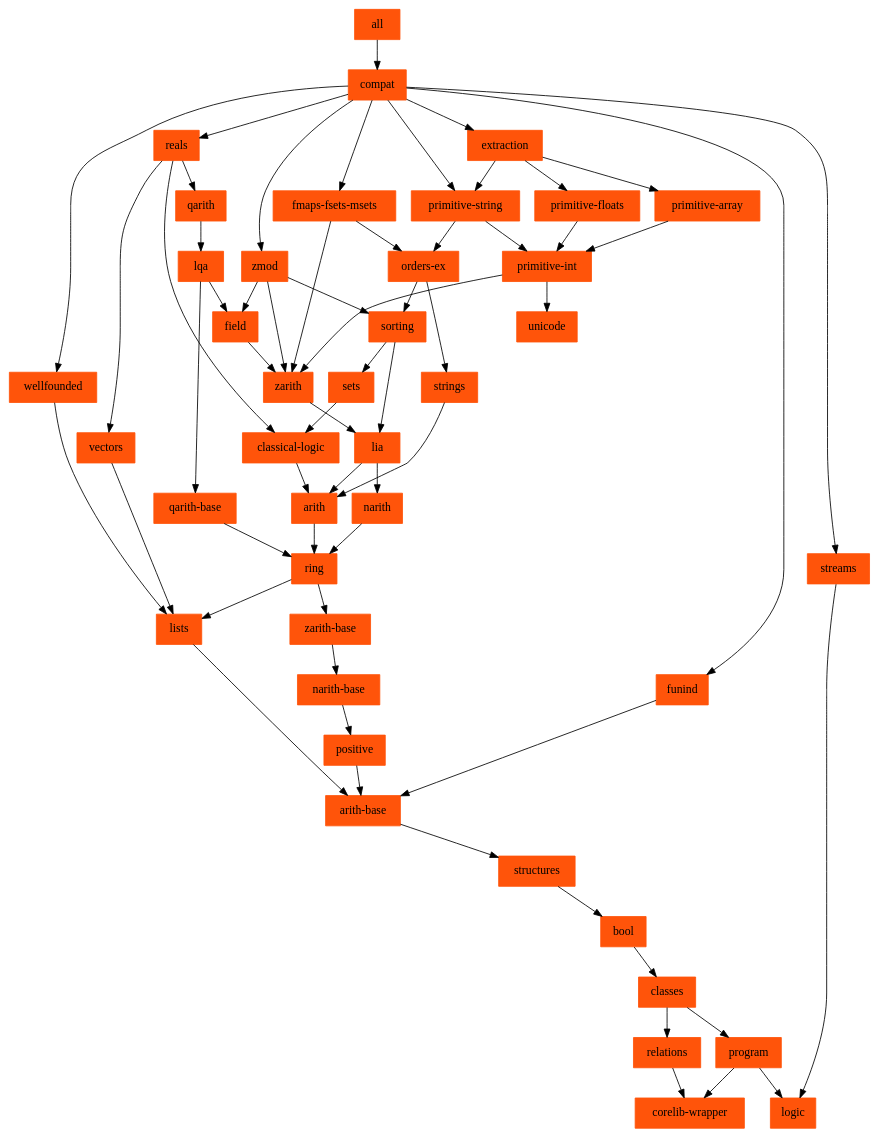
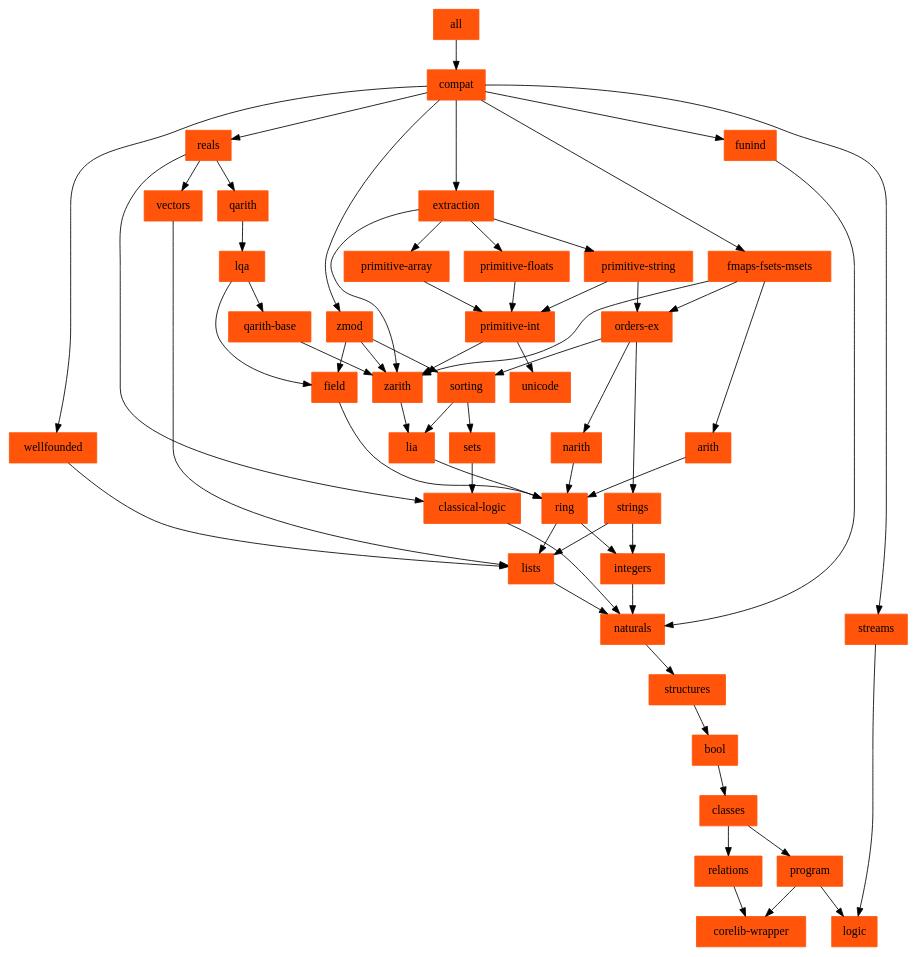
Before and after one commit to rocq-prover/stdlib: the diagram in doc/stdlib/depends.dot, drawn with Graphviz. The commit also changed 73 other files, not shown here.

```diff
--- a/doc/stdlib/depends.dot
+++ b/doc/stdlib/depends.dot
@@ -1,71 +1,71 @@
 # this has been mostly automatically generated by dev/tools/make-depends.sh
 # when editing this, ensure to keep .nix/rocq-overlays/stdlib-subcomponents
 # in sync
 digraph stdlib_deps {
 	node [color="#ff540a",
 		shape=rectangle,
 		style=filled
 		URL="#\N"
 	];
 	bool -> classes;
 	classes -> program;
 	classes -> relations;
 	program -> "corelib-wrapper";
 	program -> logic;
-	strings -> arith;
+	strings -> integers;
+	strings -> lists;
 	reals -> qarith;
 	reals -> vectors;
 	reals -> "classical-logic";
-	"arith-base" -> structures;
+	naturals -> structures;
+	integers -> naturals;
 	zarith -> lia;
 	zmod -> zarith;
 	zmod -> sorting;
 	zmod -> field;
 	qarith -> lqa;
-	positive -> "arith-base";
 	narith -> ring;
 	ring -> lists;
-	ring -> "zarith-base";
+	ring -> integers;
 	arith -> ring;
 	structures -> bool;
-	"narith-base" -> positive;
-	lists -> "arith-base";
-	"zarith-base" -> "narith-base";
+	lists -> naturals;
 	"primitive-int" -> zarith;
 	"primitive-int" -> unicode;
-	lia -> narith;
-	lia -> arith;
+	lia -> ring;
 	"fmaps-fsets-msets" -> zarith;
+	"fmaps-fsets-msets" -> arith;
 	"fmaps-fsets-msets" -> "orders-ex";
+	"orders-ex" -> narith;
 	"orders-ex" -> strings;
 	"orders-ex" -> sorting;
 	sets -> "classical-logic";
 	sorting -> lia;
 	sorting -> sets;
 	"primitive-floats" -> "primitive-int";
 	wellfounded -> lists;
 	relations -> "corelib-wrapper";
 	"primitive-string" -> "primitive-int";
 	"primitive-string" -> "orders-ex";
 	vectors -> lists;
-	field -> zarith;
+	field -> ring;
 	lqa -> field;
 	lqa -> "qarith-base";
-	"qarith-base" -> ring;
-	"classical-logic" -> arith;
+	"qarith-base" -> zarith;
+	"classical-logic" -> naturals;
+	extraction -> "zarith";
 	extraction -> "primitive-string";
 	extraction -> "primitive-floats";
 	extraction -> "primitive-array";
 	"primitive-array" -> "primitive-int";
 	streams -> logic;
-	funind -> "arith-base";
+	funind -> naturals;
 	compat -> zmod;
 	compat -> reals;
 	compat -> "fmaps-fsets-msets";
 	compat -> wellfounded;
-	compat -> "primitive-string";
 	compat -> extraction;
 	compat -> streams;
 	compat -> funind;
         all -> compat
 }
```
